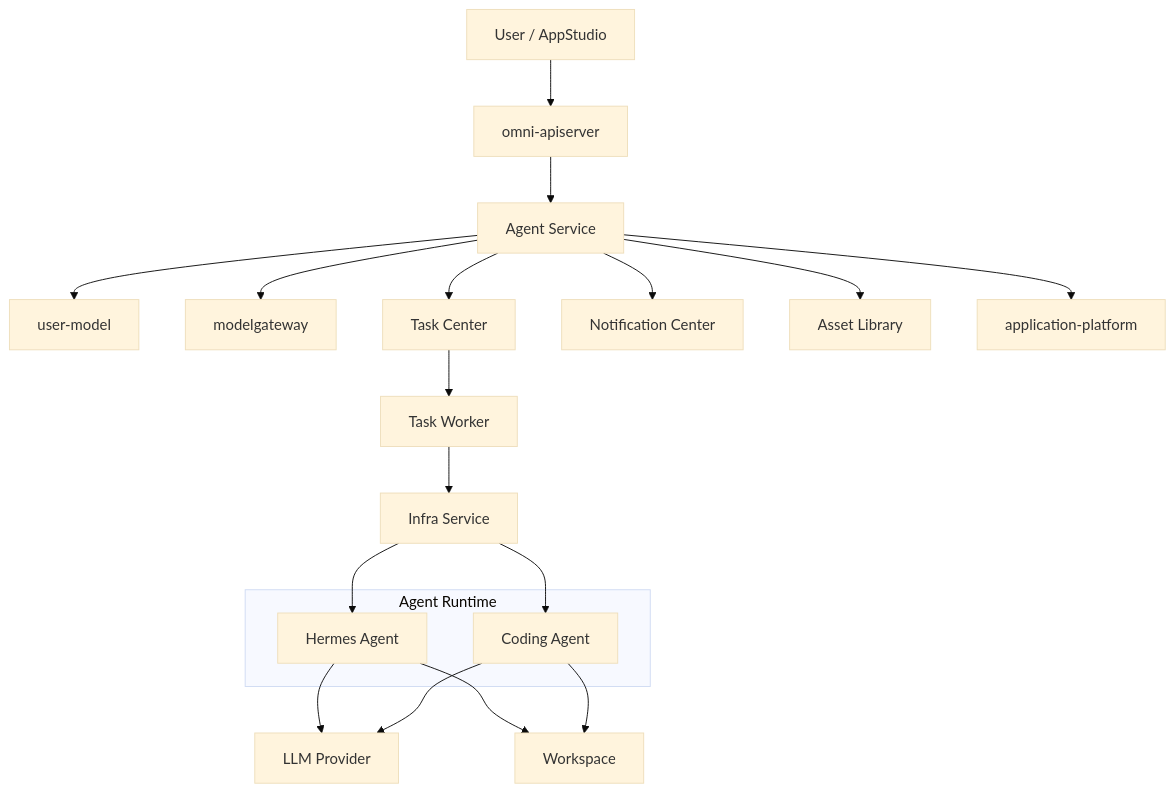
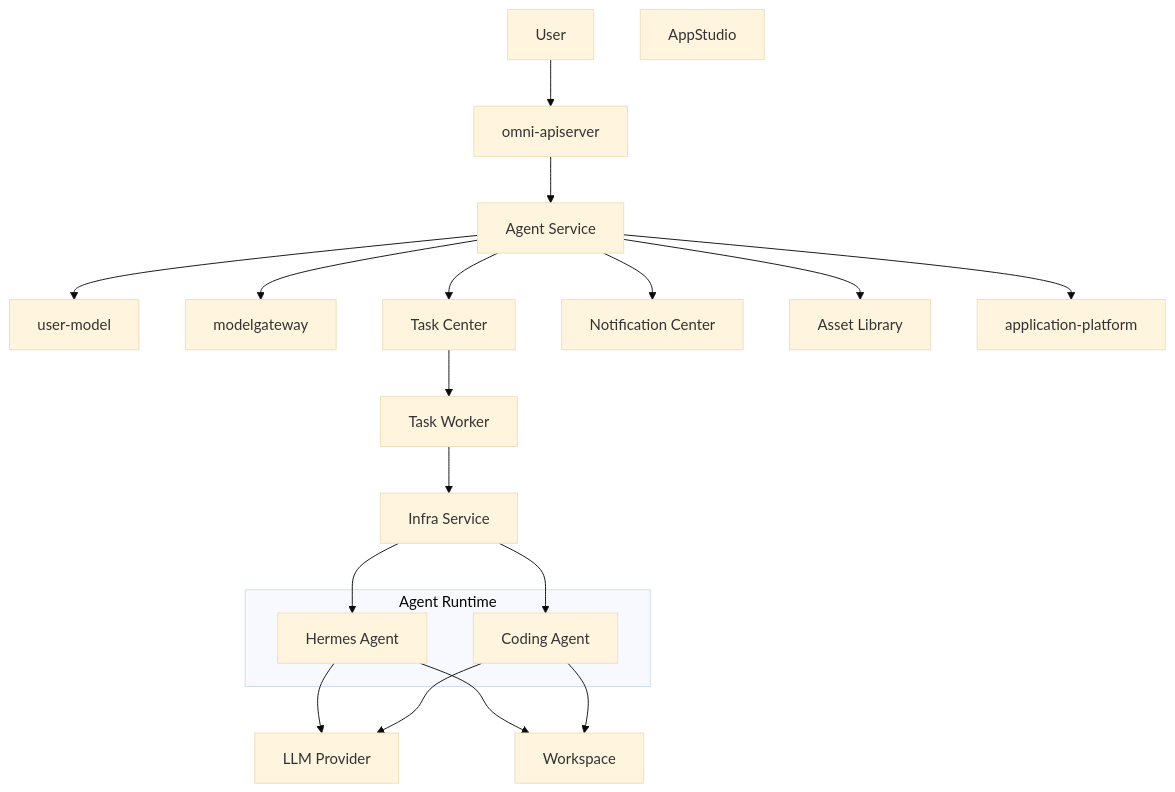
The second of 9 diagrams in 00_product/domains/agent/product-spec.md (wangweihong/omnimam-spec), drawn with Mermaid (base theme) before and after one commit. The commit also changed other lines of this file and 21 other files, not shown here.

````diff
--- a/00_product/domains/agent/product-spec.md
+++ b/00_product/domains/agent/product-spec.md
@@ -262,44 +262,45 @@
 ```mermaid
 flowchart TB
-    USER[User / AppStudio]
+    USER[User]
+    STUDIO[AppStudio]
     API[omni-apiserver]
 
     AS[Agent Service]
     MM[user-model]
     MG[modelgateway]
     TC[Task Center]
     WORKER[Task Worker]
     INFRA[Infra Service]
     NOTICE[Notification Center]
     ASSET[Asset Library]
     APP[application-platform]
 
     subgraph Runtime["Agent Runtime"]
         HERMES[Hermes Agent]
         CODING[Coding Agent]
     end
 
     LLM[LLM Provider]
     WS[Workspace]
 
     USER --> API
     API --> AS
 
     AS --> MM
     AS --> MG
     AS --> TC
     TC --> WORKER
     WORKER --> INFRA
     AS --> NOTICE
     AS --> ASSET
     AS --> APP
 
     INFRA --> HERMES
     INFRA --> CODING
 
     HERMES --> LLM
     CODING --> LLM
 
     HERMES --> WS
     CODING --> WS
 ```
````
